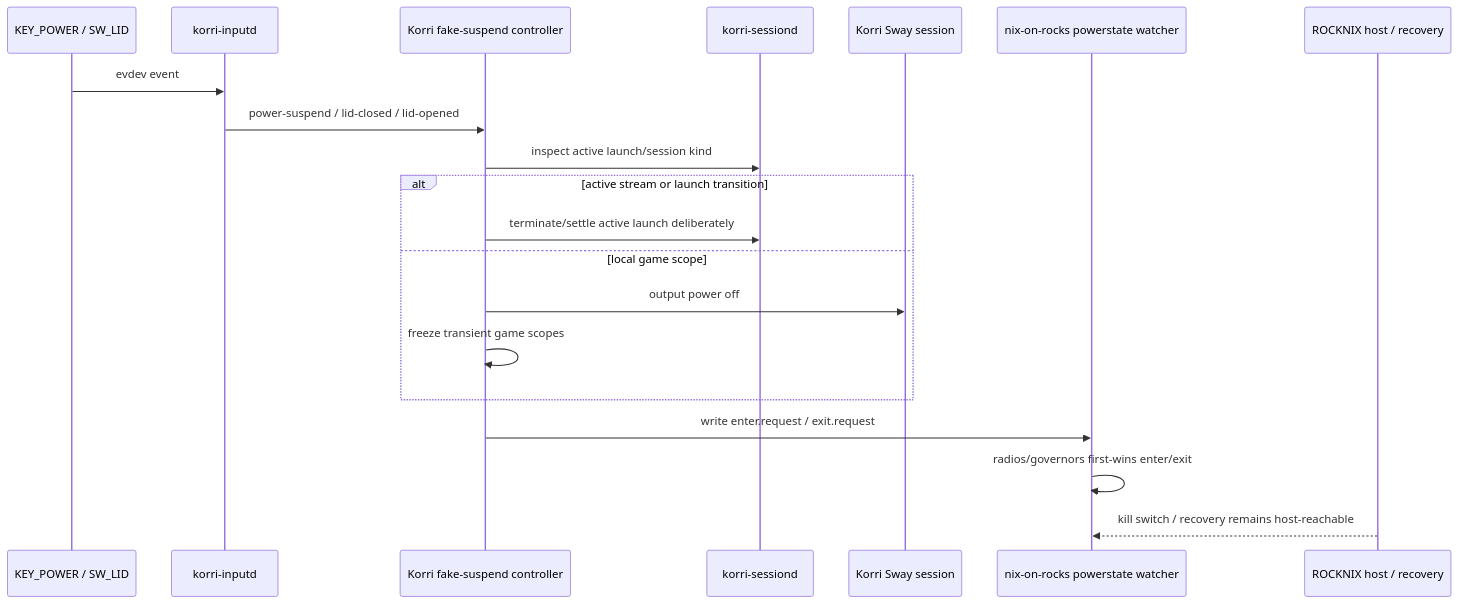
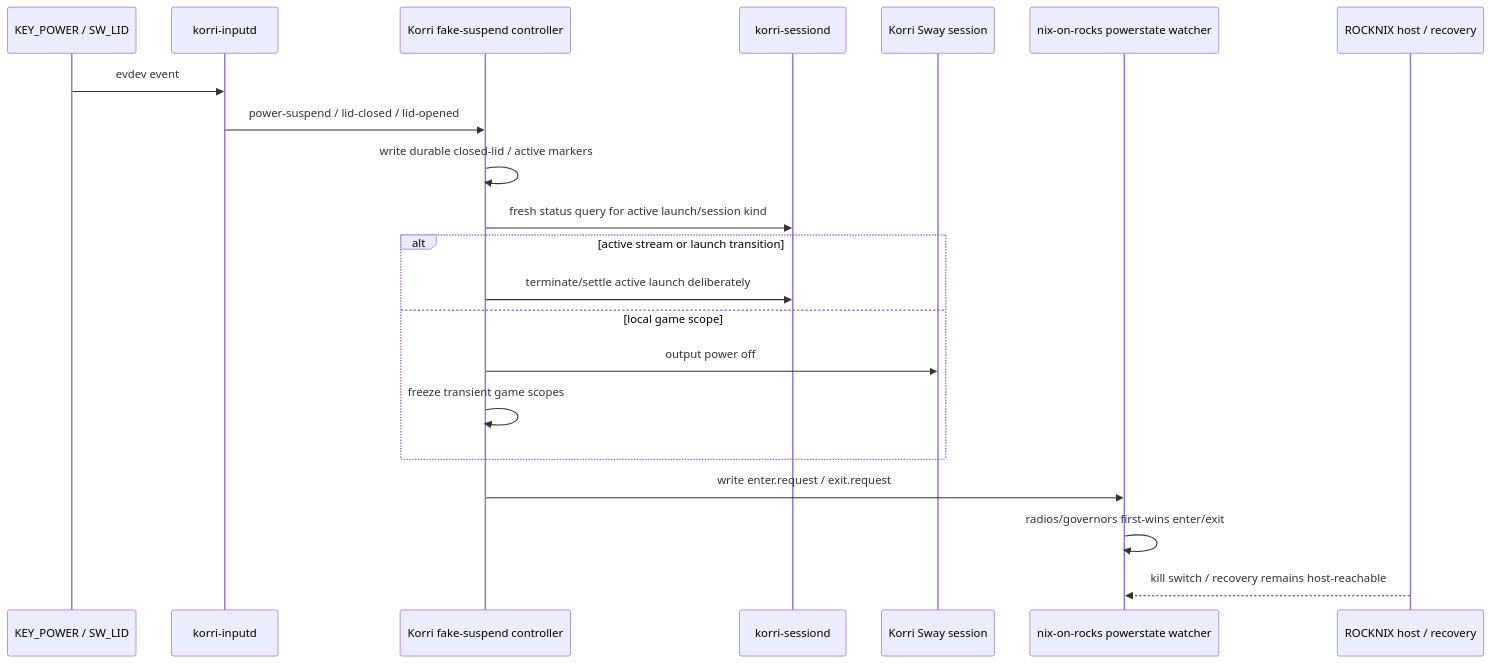
The diagram in work/items/active/01KX0B4ND41F4K3SUSP3ND000-refactor-guest-owned-fake-suspend/plan.md (simonwjackson/korri), drawn with Mermaid before and after one commit. The commit also changed other lines of this file, not shown here.

````diff
--- a/work/items/active/01KX0B4ND41F4K3SUSP3ND000-refactor-guest-owned-fake-suspend/plan.md
+++ b/work/items/active/01KX0B4ND41F4K3SUSP3ND000-refactor-guest-owned-fake-suspend/plan.md
@@ -114,23 +116,24 @@
 ```mermaid
 sequenceDiagram
   participant Lid as KEY_POWER / SW_LID
   participant Inputd as korri-inputd
   participant Ctrl as Korri fake-suspend controller
   participant Sessiond as korri-sessiond
   participant Sway as Korri Sway session
   participant Sub as nix-on-rocks powerstate watcher
   participant Host as ROCKNIX host / recovery
 
   Lid->>Inputd: evdev event
   Inputd->>Ctrl: power-suspend / lid-closed / lid-opened
-  Ctrl->>Sessiond: inspect active launch/session kind
+  Ctrl->>Ctrl: write durable closed-lid / active markers
+  Ctrl->>Sessiond: fresh status query for active launch/session kind
   alt active stream or launch transition
     Ctrl->>Sessiond: terminate/settle active launch deliberately
   else local game scope
     Ctrl->>Sway: output power off
     Ctrl->>Ctrl: freeze transient game scopes
   end
   Ctrl->>Sub: write enter.request / exit.request
   Sub->>Sub: radios/governors first-wins enter/exit
   Host-->>Sub: kill switch / recovery remains host-reachable
 ```
````
